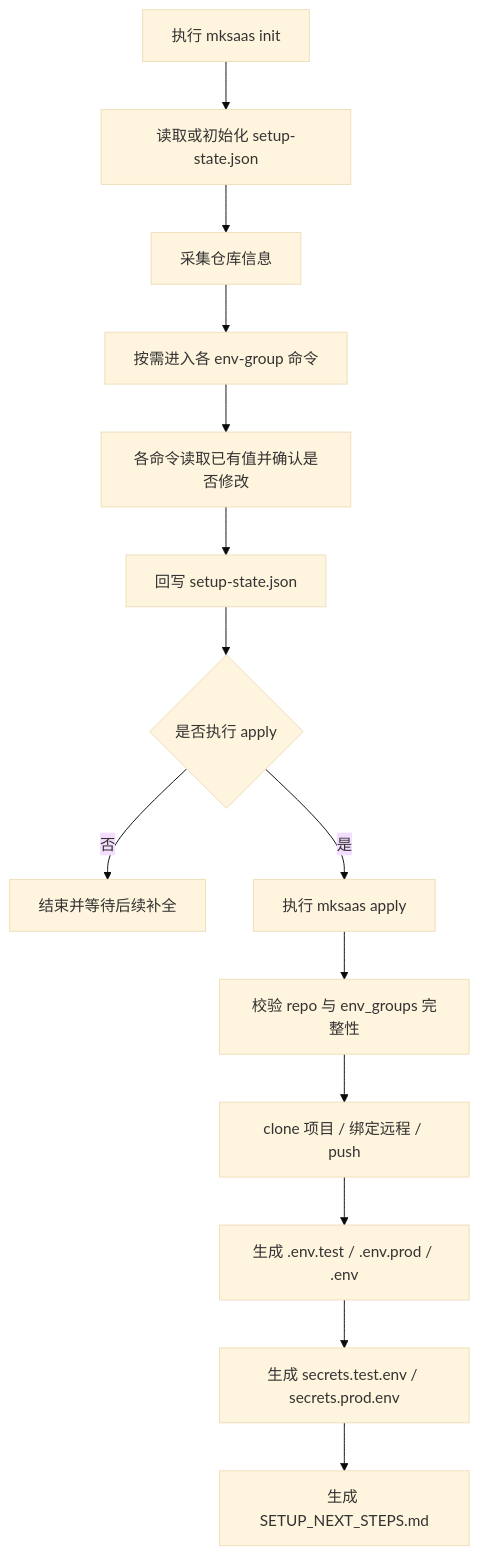
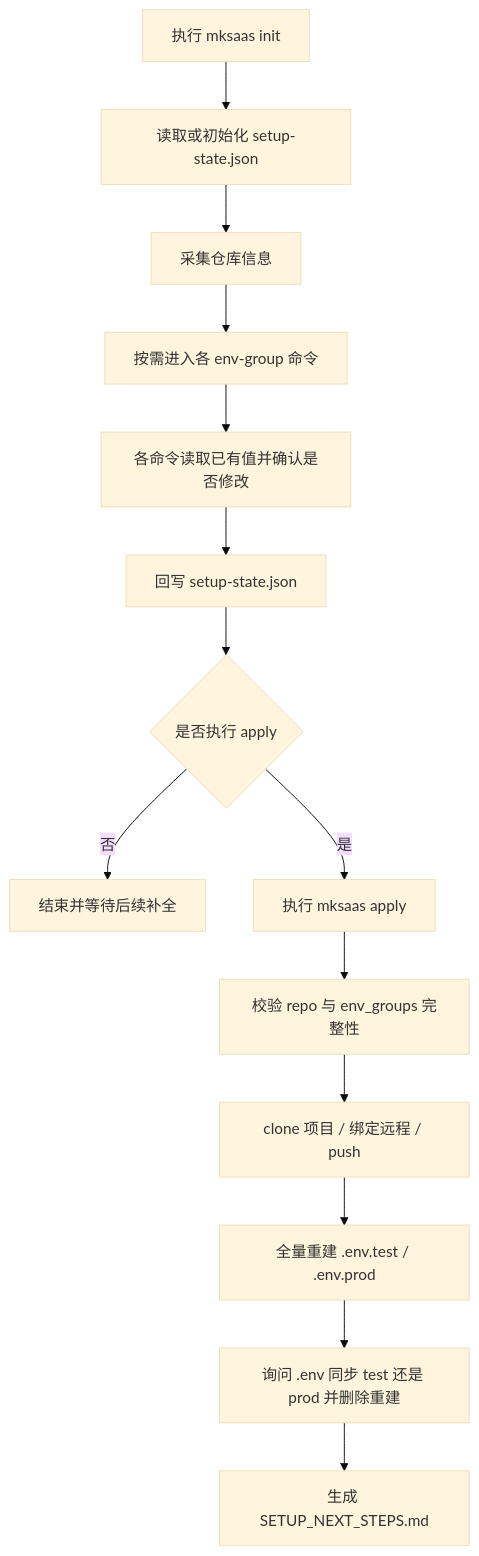
One commit to CaffeineOddity/mksaas_command changed the first of 2 diagrams in REQUIREMENTS.md. Above: the diagram before and after it, drawn with Mermaid (base theme). The commit also changed other lines of this file and 20 other files, not shown here.

````diff
--- a/REQUIREMENTS.md
+++ b/REQUIREMENTS.md
@@ -201,16 +209,16 @@
 ```mermaid
 flowchart TD
     A[执行 mksaas init] --> B[读取或初始化 setup-state.json]
     B --> C[采集仓库信息]
     C --> D[按需进入各 env-group 命令]
     D --> E[各命令读取已有值并确认是否修改]
     E --> F[回写 setup-state.json]
     F --> G{是否执行 apply}
     G -->|否| H[结束并等待后续补全]
     G -->|是| I[执行 mksaas apply]
     I --> J[校验 repo 与 env_groups 完整性]
     J --> K[clone 项目 / 绑定远程 / push]
-    K --> L[生成 .env.test / .env.prod / .env]
-    L --> M[生成 secrets.test.env / secrets.prod.env]
-    M --> N[生成 SETUP_NEXT_STEPS.md]
+    K --> L[全量重建 .env.test / .env.prod]
+    L --> N[询问 .env 同步 test 还是 prod 并删除重建]
+    N --> O[生成 SETUP_NEXT_STEPS.md]
 ```
````
